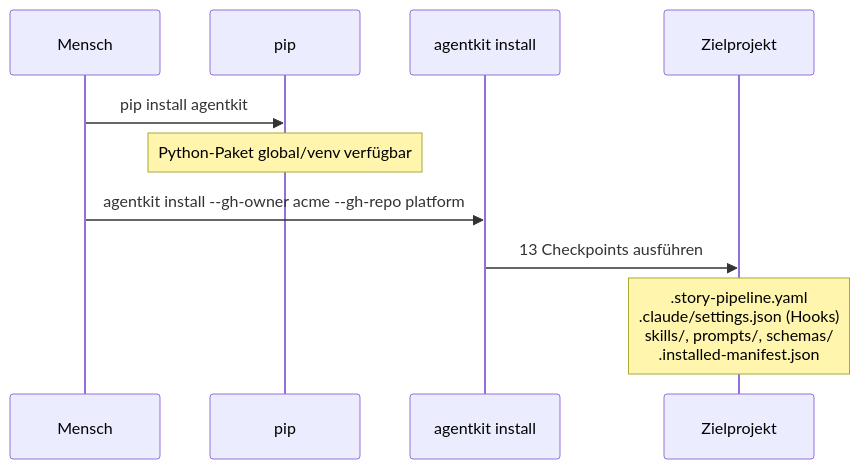
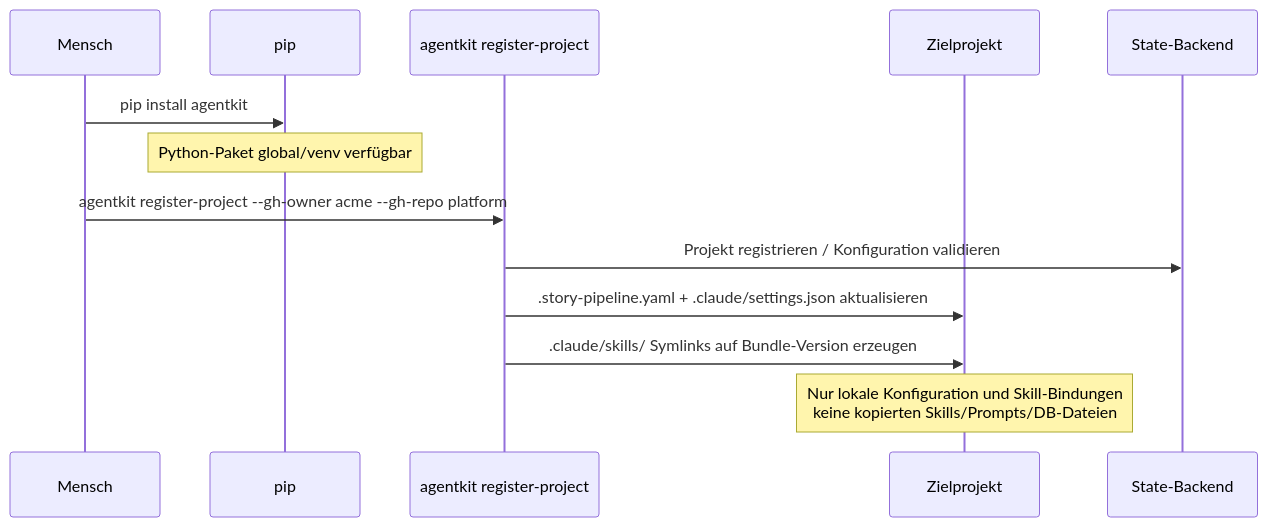
The second of 2 diagrams in concept/technical-design/10_runtime_deployment_speicher.md (saltenhof/claude-agentkit3), drawn with Mermaid before and after one commit. The commit also changed other lines of this file and 26 other files, not shown here.

Commit message:
Refine AgentKit 3 architecture concepts

````diff
--- a/concept/technical-design/10_runtime_deployment_speicher.md
+++ b/concept/technical-design/10_runtime_deployment_speicher.md
@@ -114,13 +121,16 @@
 ```mermaid
 sequenceDiagram
     participant M as Mensch
     participant PIP as pip
-    participant INS as agentkit install
+    participant INS as agentkit register-project
     participant PROJ as Zielprojekt
+    participant STATE as State-Backend
 
     M->>PIP: pip install agentkit
     Note over PIP: Python-Paket global/venv verfügbar
-    M->>INS: agentkit install --gh-owner acme --gh-repo platform
-    INS->>PROJ: 13 Checkpoints ausführen
-    Note over PROJ: .story-pipeline.yaml<br/>.claude/settings.json (Hooks)<br/>skills/, prompts/, schemas/<br/>.installed-manifest.json
+    M->>INS: agentkit register-project --gh-owner acme --gh-repo platform
+    INS->>STATE: Projekt registrieren / Konfiguration validieren
+    INS->>PROJ: .story-pipeline.yaml + .claude/settings.json aktualisieren
+    INS->>PROJ: .claude/skills/ Symlinks auf Bundle-Version erzeugen
+    Note over PROJ: Nur lokale Konfiguration und Skill-Bindungen<br/>keine kopierten Skills/Prompts/DB-Dateien
 ```
````
